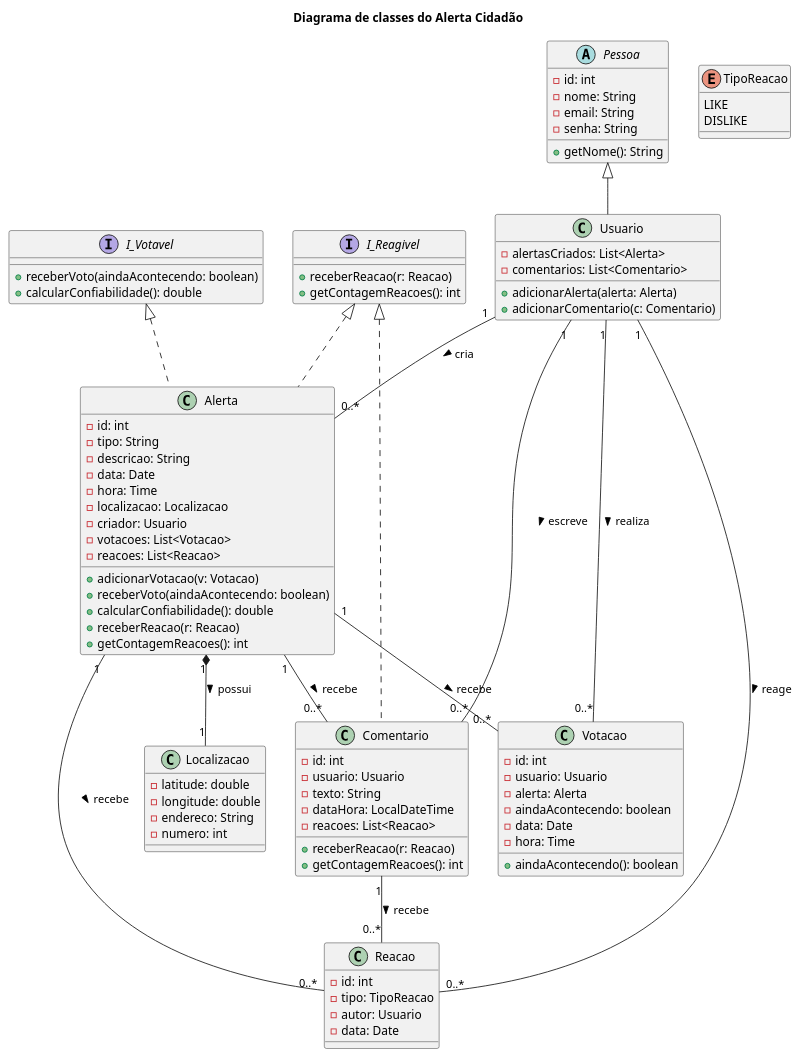
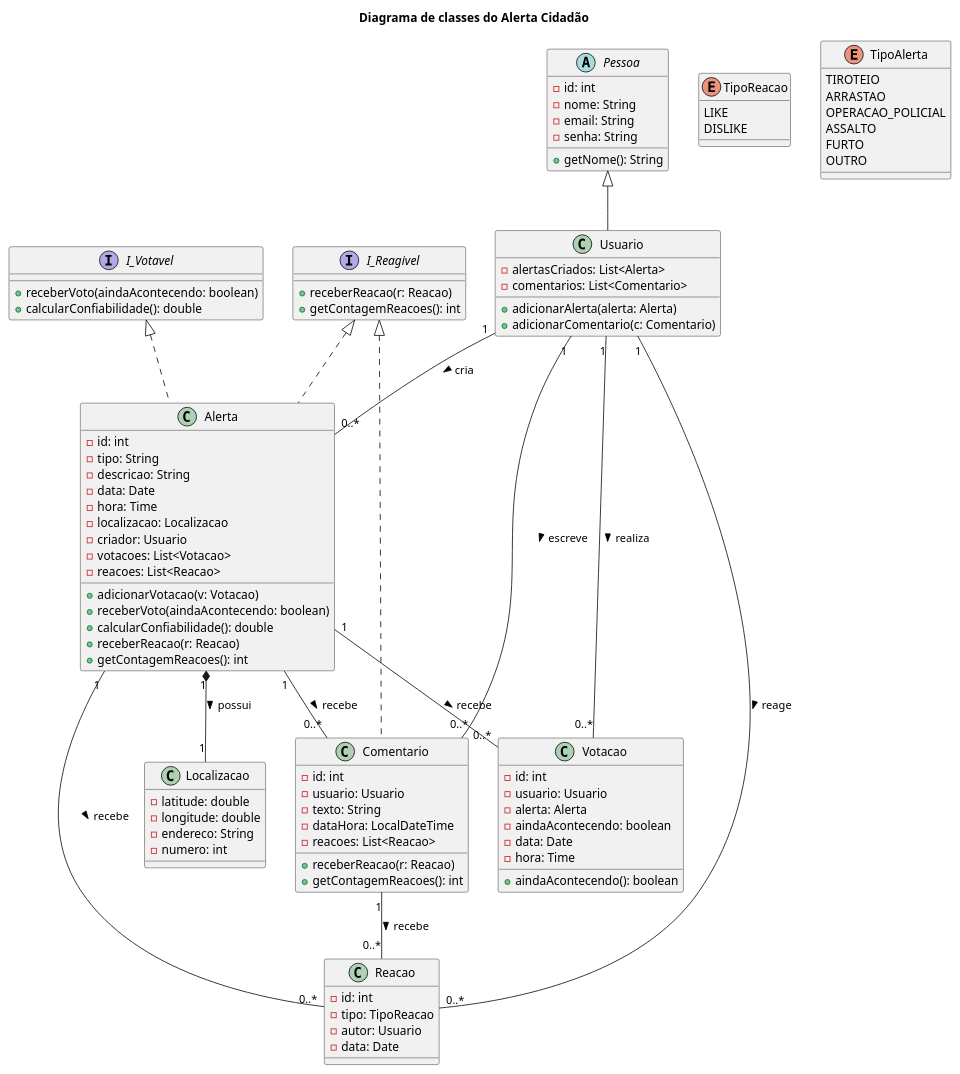
The diagram in DOCS/Diagrama de classes/Diagram de classes.plantuml (HugoWatzl/Alerta-Cidadao), drawn with PlantUML before and after one commit.

Commit message:
Update Diagram de classes.plantuml

```diff
--- a/DOCS/Diagrama de classes/Diagram de classes.plantuml
+++ b/DOCS/Diagrama de classes/Diagram de classes.plantuml
@@ -1,101 +1,115 @@
 @startuml
 title "Diagrama de classes do Alerta Cidadão"
 
 ' Interfaces
 interface I_Votavel {
     +receberVoto(aindaAcontecendo: boolean)
     +calcularConfiabilidade(): double
 }
 
 interface I_Reagivel {
     +receberReacao(r: Reacao)
     +getContagemReacoes(): int
 }
 
+
 ' Enum
 enum TipoReacao {
     LIKE
     DISLIKE
+}
+
+
+enum TipoAlerta {
+    TIROTEIO
+    ARRASTAO
+    OPERACAO_POLICIAL
+    ASSALTO
+    FURTO
+    OUTRO
 }
 
 ' abstrata
 abstract class Pessoa {
     -id: int
     -nome: String
     -email: String
     -senha: String
     +getNome(): String
     
 }
 
 ' Classes 
 class Usuario extends Pessoa {
     -alertasCriados: List<Alerta>
     -comentarios: List<Comentario>
     +adicionarAlerta(alerta: Alerta)
     +adicionarComentario(c: Comentario)
 }
 
 class Alerta implements I_Votavel, I_Reagivel {
     -id: int
     -tipo: String
     -descricao: String
     -data: Date
     -hora: Time
     -localizacao: Localizacao
     -criador: Usuario
     -votacoes: List<Votacao>
     -reacoes: List<Reacao>
     +adicionarVotacao(v: Votacao)
     +receberVoto(aindaAcontecendo: boolean)
     +calcularConfiabilidade(): double
     +receberReacao(r: Reacao)
     +getContagemReacoes(): int
 }
 
 class Comentario implements I_Reagivel {
     -id: int
     -usuario: Usuario
     -texto: String
     -dataHora: LocalDateTime
     -reacoes: List<Reacao>
     +receberReacao(r: Reacao)
     +getContagemReacoes(): int
 }
 
+
 class Reacao {
     -id: int
     -tipo: TipoReacao
     -autor: Usuario
     -data: Date
 }
 
 class Votacao {
     -id: int
     -usuario: Usuario
     -alerta: Alerta
     -aindaAcontecendo: boolean
     -data: Date
     -hora: Time
     +aindaAcontecendo(): boolean
 }
 
 class Localizacao {
     -latitude: double
     -longitude: double
     -endereco: String
     -numero: int
 }
 
+
+
 ' Relacionamentos
 Usuario "1" -- "0..*" Alerta : cria >
 Usuario "1" -- "0..*" Votacao : realiza >
 Usuario "1" -- "0..*" Comentario : escreve >
 Usuario "1" -- "0..*" Reacao : reage >
 Alerta "1" -- "0..*" Votacao : recebe >
 Alerta "1" *-- "1" Localizacao : possui >
 Alerta "1" -- "0..*" Comentario : recebe >
 Alerta "1" -- "0..*" Reacao : recebe >
 Comentario "1" -- "0..*" Reacao : recebe >
 
 @enduml
```
